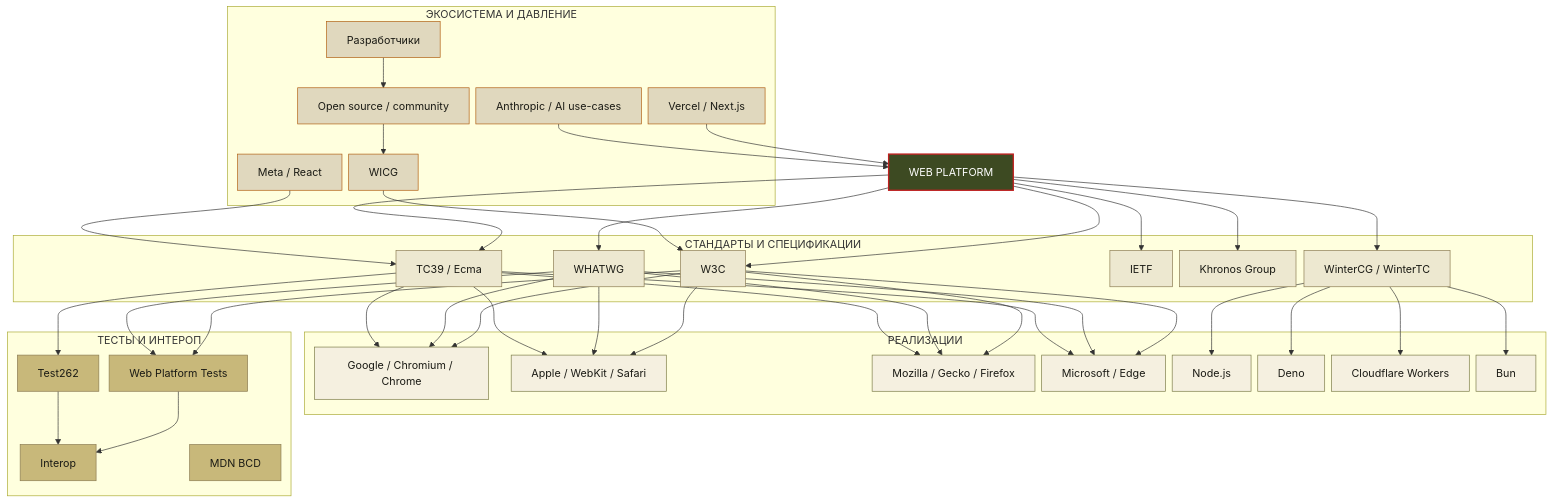
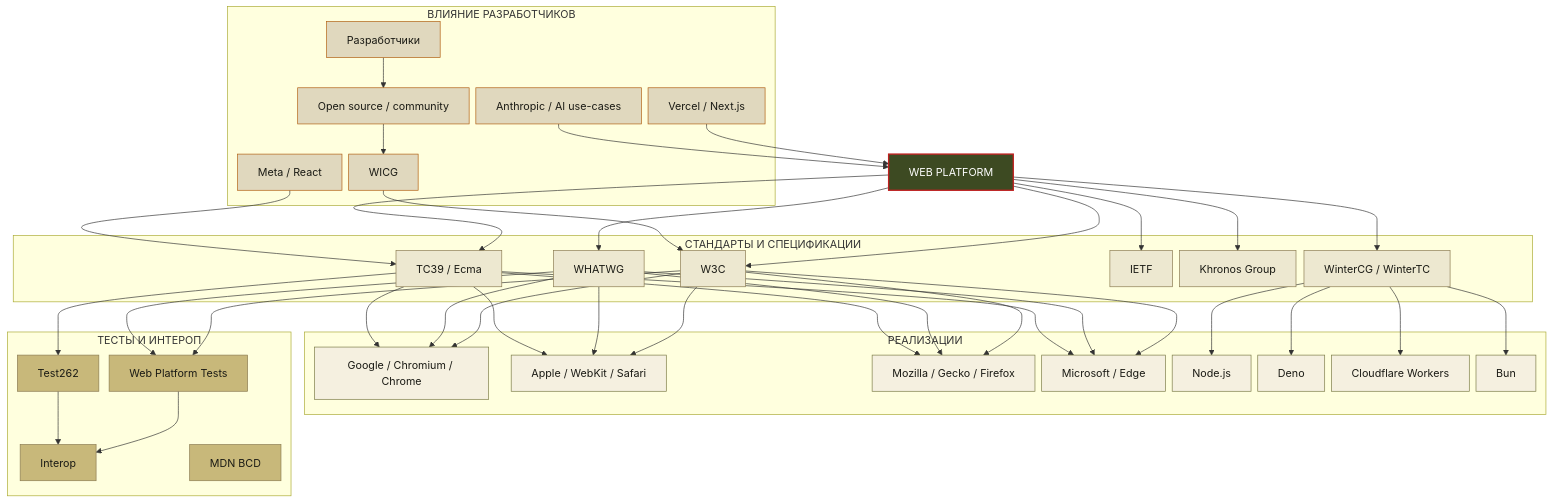
One commit to Momomash/hitchhiking-web-platform changed the first of 5 diagrams in slides.md. Above: the diagram before and after it, drawn with Mermaid. The commit also changed other lines of this file and 5 other files, not shown here.

```diff
--- a/slides.md
+++ b/slides.md
@@ -717,7 +726,7 @@
     MDNBCD["MDN BCD"]
   end
 
-  subgraph ECO["ЭКОСИСТЕМА И ДАВЛЕНИЕ"]
+  subgraph ECO["ВЛИЯНИЕ РАЗРАБОТЧИКОВ"]
     WICG["WICG"]
     VERCEL["Vercel / Next.js"]
     META["Meta / React"]
```
